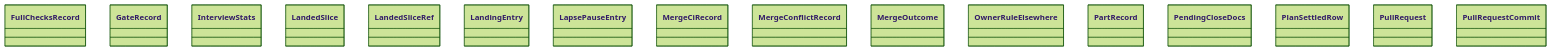
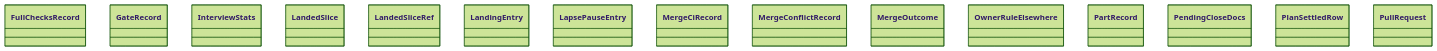
The diagram in docs/architecture/generated/classes-process-domain-state-4.md (GonzaloZevallos/agentic-system), drawn with Mermaid (forest theme) before and after one commit. The commit also changed 11 other files, not shown here.

````diff
--- a/docs/architecture/generated/classes-process-domain-state-4.md
+++ b/docs/architecture/generated/classes-process-domain-state-4.md
@@ -21,19 +21,18 @@
 ```mermaid
 classDiagram
     class task__FullChecksRecord["FullChecksRecord"]
     class task__GateRecord["GateRecord"]
     class task__InterviewStats["InterviewStats"]
     class task__LandedSlice["LandedSlice"]
     class task__LandedSliceRef["LandedSliceRef"]
     class task__LandingEntry["LandingEntry"]
     class task__LapsePauseEntry["LapsePauseEntry"]
     class task__MergeCiRecord["MergeCiRecord"]
     class task__MergeConflictRecord["MergeConflictRecord"]
     class task__MergeOutcome["MergeOutcome"]
     class task__OwnerRuleElsewhere["OwnerRuleElsewhere"]
     class task__PartRecord["PartRecord"]
     class task__PendingCloseDocs["PendingCloseDocs"]
     class task__PlanSettledRow["PlanSettledRow"]
     class task__PullRequest["PullRequest"]
-    class task__PullRequestCommit["PullRequestCommit"]
 ```
````
